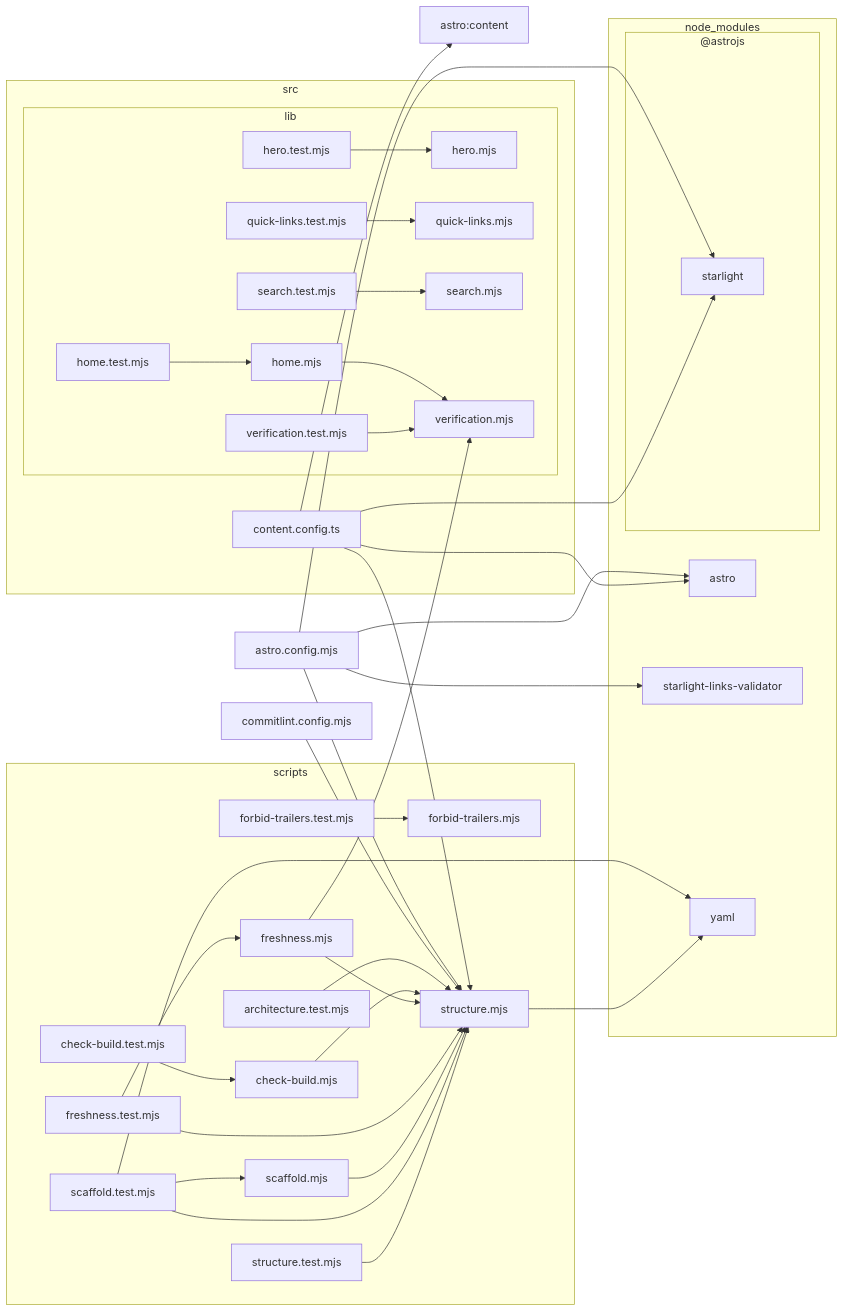
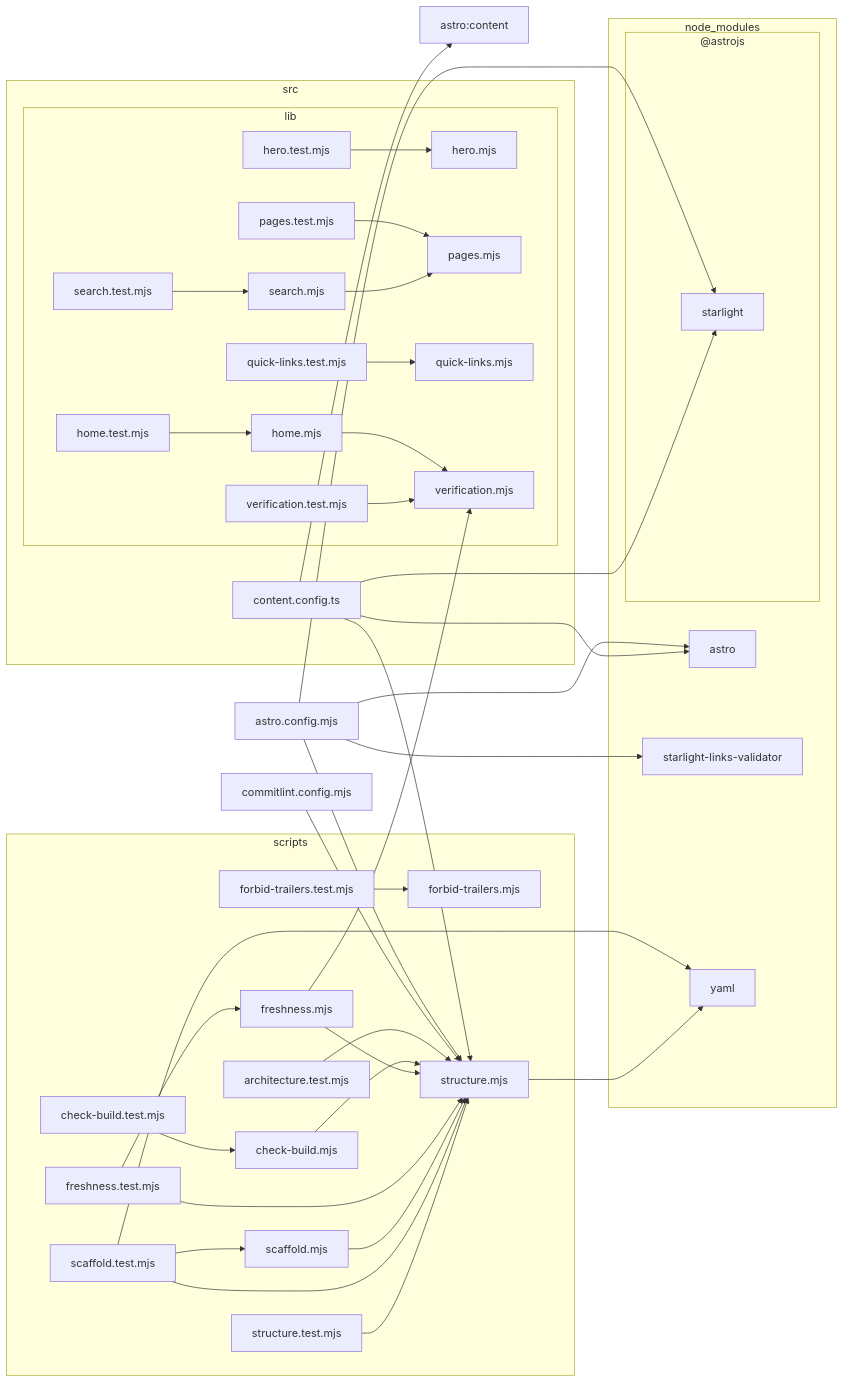
The diagram in docs/architecture.mmd (FilipTw/claude-craft), drawn with Mermaid before and after one commit. The commit also changed 6 other files, not shown here.

First line of the commit message:
refactor: name the roadmap page once in src/lib/pages.mjs

```diff
--- a/docs/architecture.mmd
+++ b/docs/architecture.mmd
@@ -1,70 +1,74 @@
 flowchart LR
 
 0["astro.config.mjs"]
 1["astro:content"]
 2["commitlint.config.mjs"]
 subgraph 3["node_modules"]
 subgraph 4["@astrojs"]
 5["starlight"]
 end
 6["astro"]
 7["starlight-links-validator"]
 8["yaml"]
 end
 subgraph 9["scripts"]
 A["architecture.test.mjs"]
 B["check-build.mjs"]
 C["check-build.test.mjs"]
 D["forbid-trailers.mjs"]
 E["forbid-trailers.test.mjs"]
 F["freshness.mjs"]
 G["freshness.test.mjs"]
 H["scaffold.mjs"]
 I["scaffold.test.mjs"]
 J["structure.mjs"]
 K["structure.test.mjs"]
 end
 subgraph L["src"]
 M["content.config.ts"]
 subgraph N["lib"]
 O["hero.mjs"]
 P["hero.test.mjs"]
 Q["home.mjs"]
 R["home.test.mjs"]
-S["quick-links.mjs"]
-T["quick-links.test.mjs"]
-U["search.mjs"]
-V["search.test.mjs"]
-W["verification.mjs"]
-X["verification.test.mjs"]
+S["pages.mjs"]
+T["pages.test.mjs"]
+U["quick-links.mjs"]
+V["quick-links.test.mjs"]
+W["search.mjs"]
+X["search.test.mjs"]
+Y["verification.mjs"]
+Z["verification.test.mjs"]
 end
 end
 0-->J
 0-->5
 0-->6
 0-->7
 2-->J
 A-->J
 B-->J
 C-->B
 E-->D
-F-->W
+F-->Y
 F-->J
 G-->F
 G-->J
 H-->J
 I-->H
 I-->J
 I-->8
 J-->8
 K-->J
 M-->J
 M-->5
 M-->1
 M-->6
 P-->O
-Q-->W
+Q-->Y
 R-->Q
 T-->S
 V-->U
+W-->S
 X-->W
+Z-->Y
```
